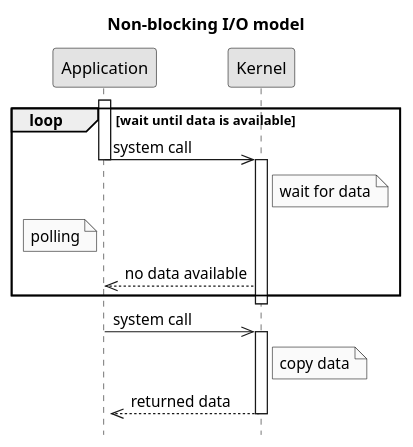
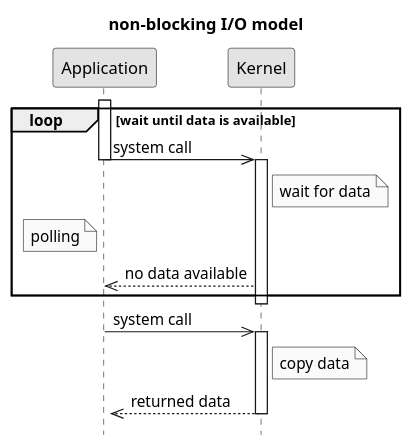
Before and after one commit to c0p4c4b4n4/demo-sockets-io-nio-nio2: the diagram in doc/plantuml/2. non-blocking IO model.puml, drawn with PlantUML. The commit also changed 3 other files, not shown here.

```diff
--- a/doc/plantuml/2. non-blocking IO model.puml
+++ b/doc/plantuml/2. non-blocking IO model.puml
@@ -1,25 +1,25 @@
 @startuml
-title Non-blocking I/O model
+title non-blocking I/O model
 hide footbox
 skinparam monochrome true
 skinparam shadowing false
 activate Application
 loop wait until data is available
     Application->>Kernel: system call
     deactivate Application
     activate Kernel
     Note right of Kernel: wait for data
     Note left of Application: polling
     Kernel-->>Application: no data available
 end
 deactivate Kernel
 activate Application
 Application->>Kernel: system call
 deactivate Application
 activate Kernel
 Note right of Kernel: copy data
 Kernel-->>Application: returned data
 deactivate Kernel
 activate Application
 deactivate Application
 @enduml
```
